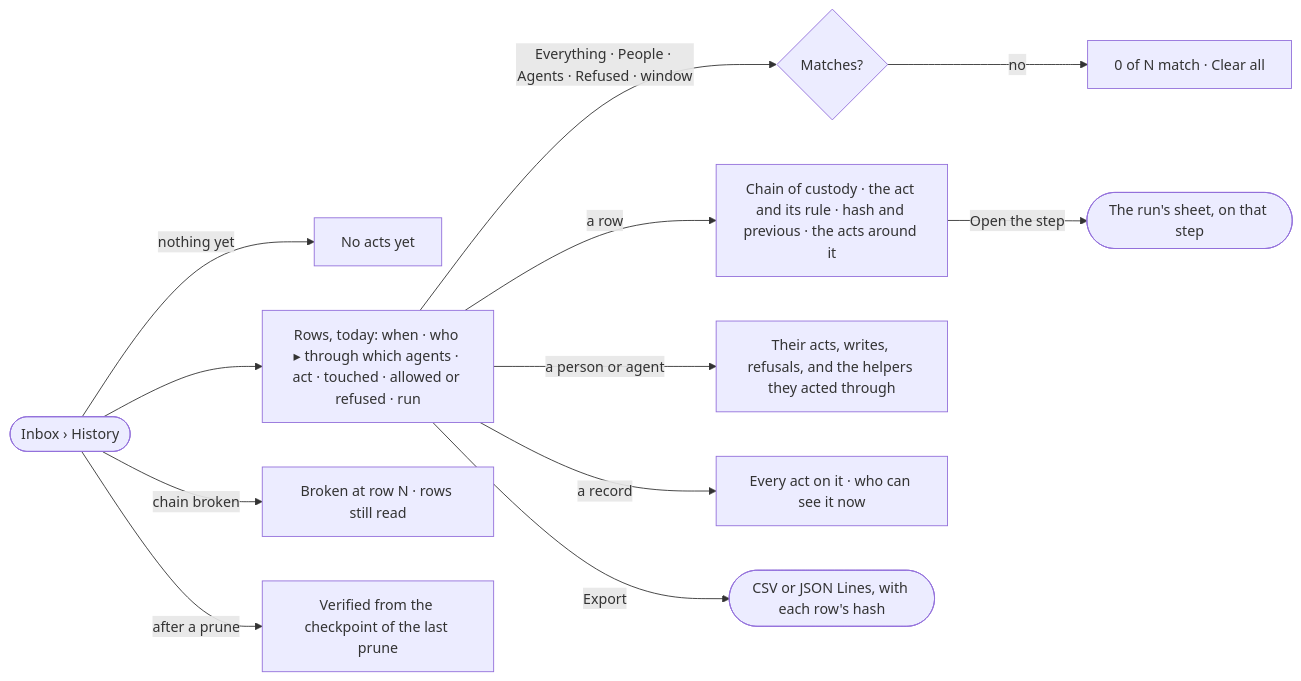
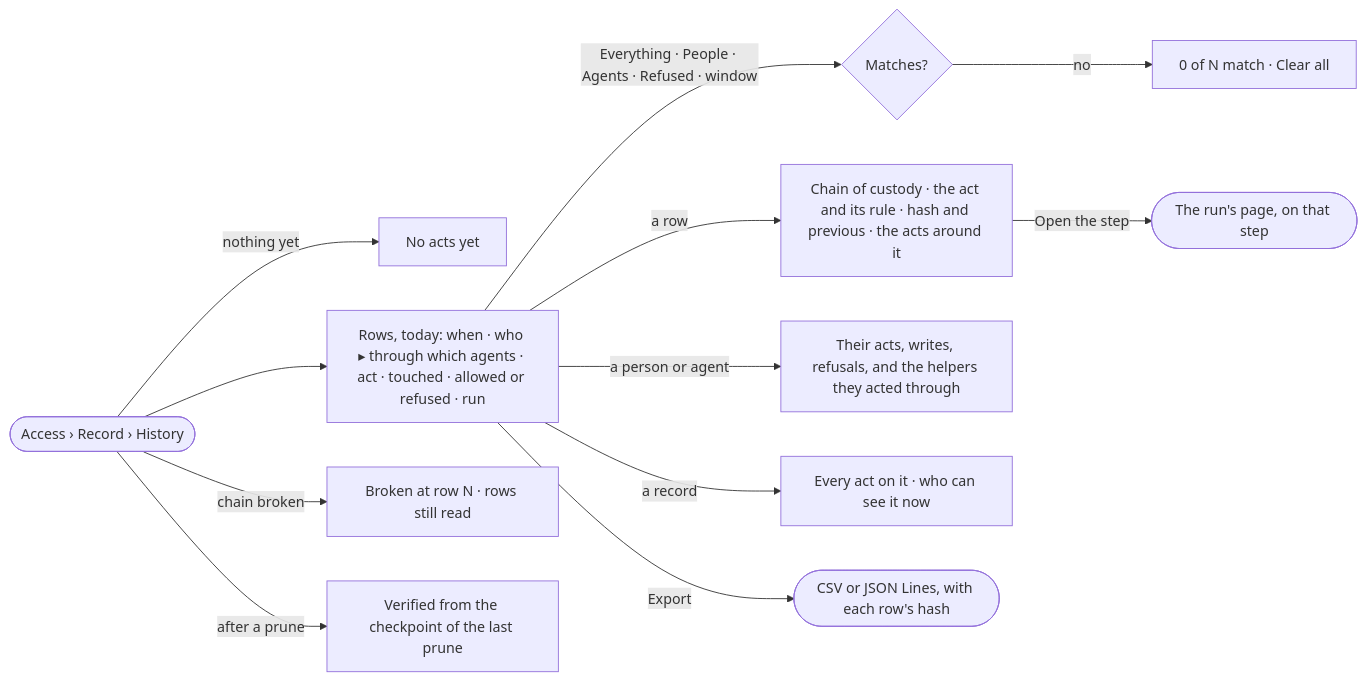
Before and after one commit to invana/invana: the diagram in specs/os/access/features/AC-F06-history/stories/AC-16-read-what-people-and-agents-did-and-prove-it/story.md, drawn with Mermaid. The commit also changed other lines of this file and 456 other files, not shown here.

````diff
--- a/specs/os/access/features/AC-F06-history/stories/AC-16-read-what-people-and-agents-did-and-prove-it/story.md
+++ b/specs/os/access/features/AC-F06-history/stories/AC-16-read-what-people-and-agents-did-and-prove-it/story.md
@@ -27,14 +27,14 @@
 ```mermaid
 flowchart LR
-  s([Inbox › History]) -->|nothing yet| e["No acts yet"]
+  s([Access › Record › History]) -->|nothing yet| e["No acts yet"]
   s --> r["Rows, today: when · who ▸ through which agents · act · touched · allowed or refused · run"]
   r -->|Everything · People · Agents · Refused · window| f{"Matches?"}
   f -->|no| z["0 of N match · Clear all"]
   r -->|a row| d["Chain of custody · the act and its rule · hash and previous · the acts around it"]
-  d -->|Open the step| run(["The run's sheet, on that step"])
+  d -->|Open the step| run(["The run's page, on that step"])
   r -->|a person or agent| a["Their acts, writes, refusals, and the helpers they acted through"]
   r -->|a record| rec["Every act on it · who can see it now"]
   r -->|Export| x(["CSV or JSON Lines, with each row's hash"])
   s -->|chain broken| b["Broken at row N · rows still read"]
   s -->|after a prune| cp["Verified from the checkpoint of the last prune"]
 ```
````
